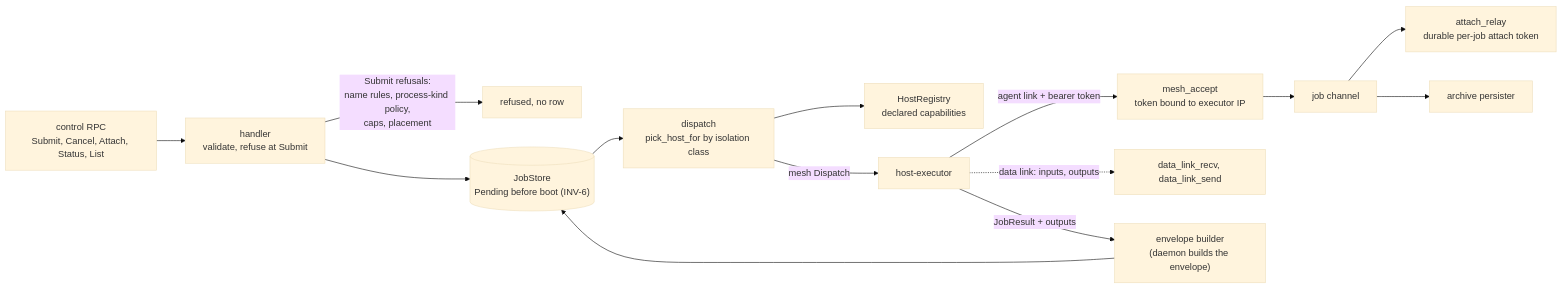
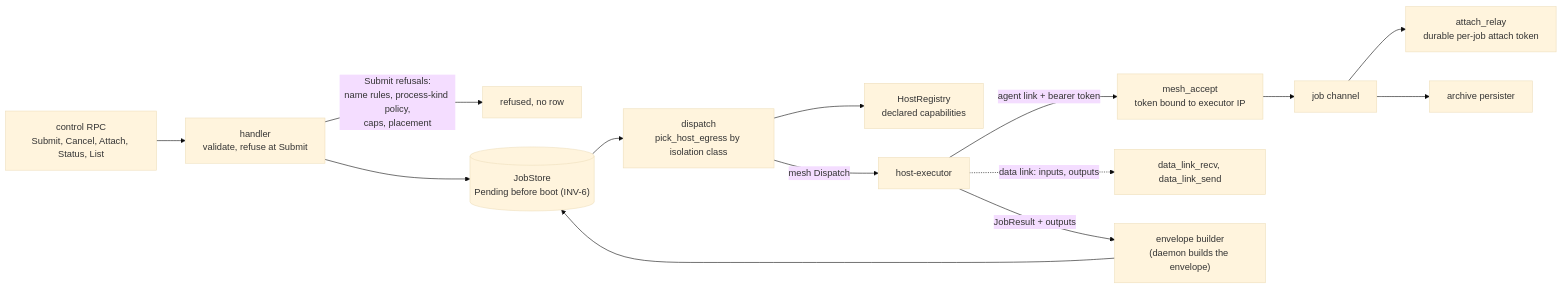
The second of 8 diagrams in docs/architecture/components.md (kauki-labs/sandy), drawn with Mermaid (base theme) before and after one commit. The commit also changed 1 other file, not shown here.

Commit message:
refactor(fabric-local): rename the leftover VmBackendExecutor test, fix a components label (#879)
## What
Follow-up to #869 and #872. The executor contract test
`vm_backend_executor_satisfies_the_executor_contract` in
`impls/fabric-local/src/executor.rs` keeps the old trait name; it
becomes
`virtualization_backend_executor_satisfies_the_executor_contract`.
`docs/architecture/components.md` labels the placement call
`pick_host_for` where the code calls `pick_host_egress`.

## Not changed
Behaviour, other tests, other docs.

## How verified
- `git grep` of the old test name is empty after the change.
- docs validator ok; `nix fmt` clean.
- `linux-gate: x86_64-linux OK @ a830462cc`

````diff
--- a/docs/architecture/components.md
+++ b/docs/architecture/components.md
@@ -90,16 +90,16 @@
 ```mermaid
 flowchart LR
   rpc["control RPC<br/>Submit, Cancel, Attach, Status, List"] --> handler["handler<br/>validate, refuse at Submit"]
   handler -->|"Submit refusals:<br/>name rules, process-kind policy,<br/>caps, placement"| refuse["refused, no row"]
   handler --> store[("JobStore<br/>Pending before boot (INV-6)")]
-  store --> dispatch["dispatch<br/>pick_host_for by isolation class"]
+  store --> dispatch["dispatch<br/>pick_host_egress by isolation class"]
   dispatch --> reg["HostRegistry<br/>declared capabilities"]
   dispatch -->|mesh Dispatch| hexec["host-executor"]
   hexec -->|agent link + bearer token| accept["mesh_accept<br/>token bound to executor IP"]
   accept --> chan["job channel"]
   chan --> relay["attach_relay<br/>durable per-job attach token"]
   chan --> archive["archive persister"]
   hexec -.->|"data link: inputs, outputs"| dlink["data_link_recv, data_link_send"]
   hexec -->|JobResult + outputs| env["envelope builder<br/>(daemon builds the envelope)"]
   env --> store
 ```
````
